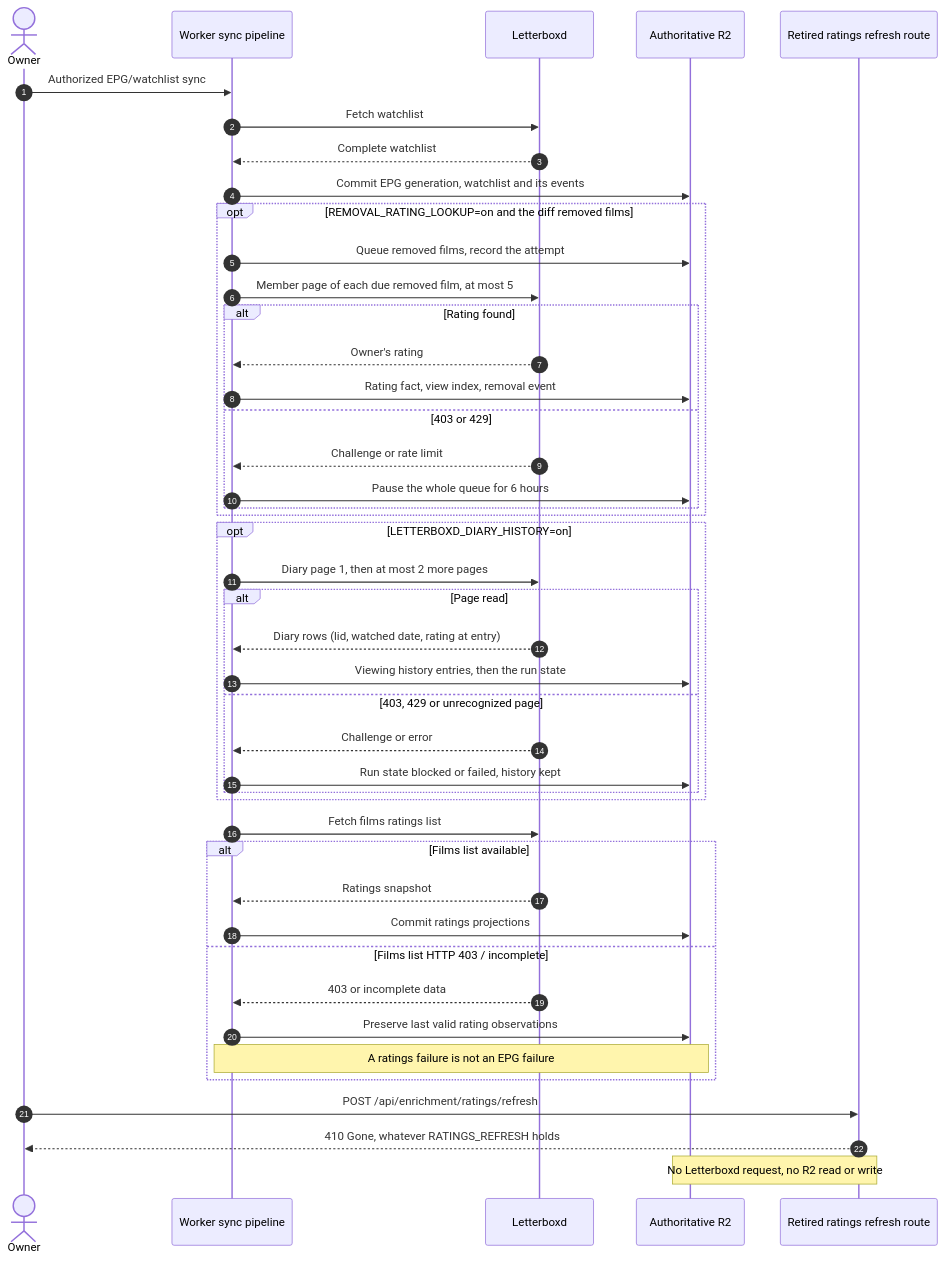
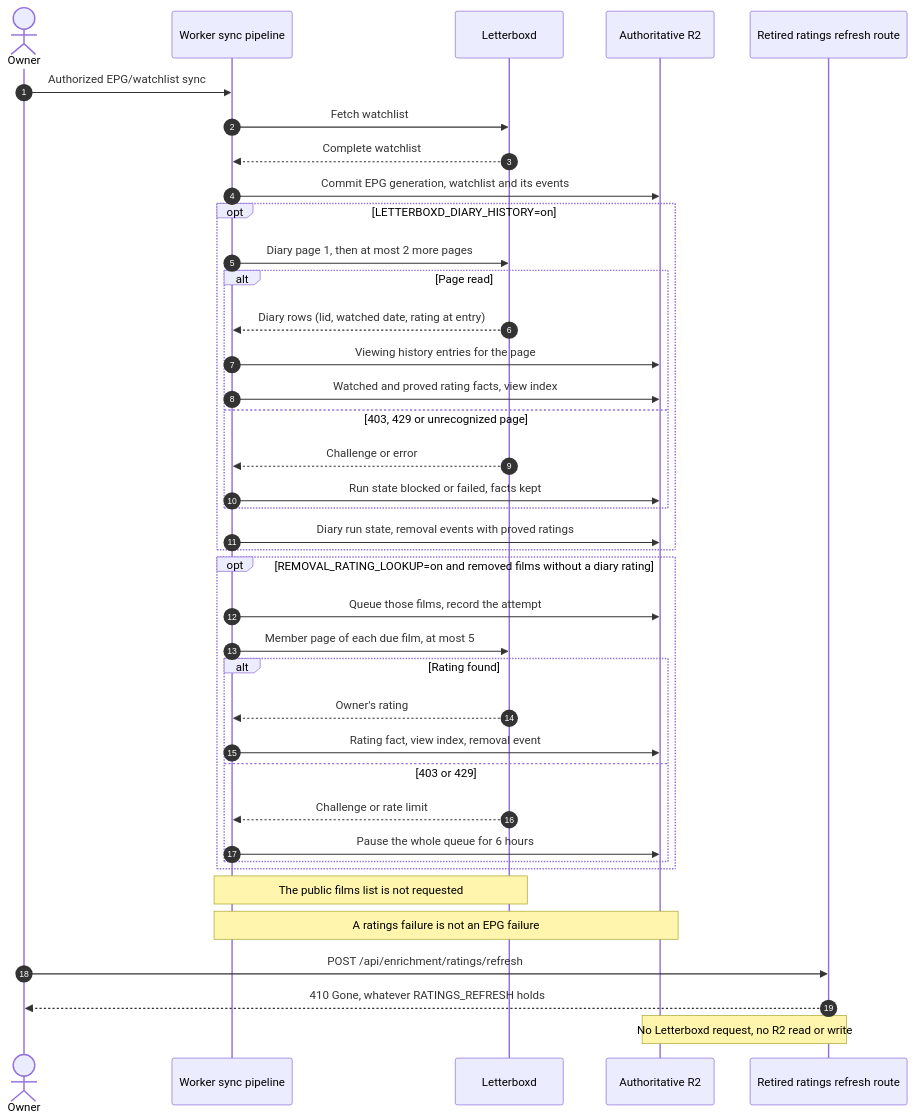
Before and after one commit to vladimino/iptv-watchlist: the first of 2 diagrams in docs/architecture/letterboxd-ingestion.md, drawn with Mermaid. The commit also changed other lines of this file and 19 other files, not shown here.

First line of the commit message:
AIR-287: Diary-first EPG ratings; the films list is no longer scanned

````diff
--- a/docs/architecture/letterboxd-ingestion.md
+++ b/docs/architecture/letterboxd-ingestion.md
@@ -5,46 +5,41 @@
 ```mermaid
 sequenceDiagram
     autonumber
     actor Owner
     participant Sync as Worker sync pipeline
     participant LB as Letterboxd
     participant R2 as Authoritative R2
     participant Retired as Retired ratings refresh route
     Owner->>Sync: Authorized EPG/watchlist sync
     Sync->>LB: Fetch watchlist
     LB-->>Sync: Complete watchlist
     Sync->>R2: Commit EPG generation, watchlist and its events
-    opt REMOVAL_RATING_LOOKUP=on and the diff removed films
-        Sync->>R2: Queue removed films, record the attempt
-        Sync->>LB: Member page of each due removed film, at most 5
+    opt LETTERBOXD_DIARY_HISTORY=on
+        Sync->>LB: Diary page 1, then at most 2 more pages
+        alt Page read
+            LB-->>Sync: Diary rows (lid, watched date, rating at entry)
+            Sync->>R2: Viewing history entries for the page
+            Sync->>R2: Watched and proved rating facts, view index
+        else 403, 429 or unrecognized page
+            LB-->>Sync: Challenge or error
+            Sync->>R2: Run state blocked or failed, facts kept
+        end
+        Sync->>R2: Diary run state, removal events with proved ratings
+    end
+    opt REMOVAL_RATING_LOOKUP=on and removed films without a diary rating
+        Sync->>R2: Queue those films, record the attempt
+        Sync->>LB: Member page of each due film, at most 5
         alt Rating found
             LB-->>Sync: Owner's rating
             Sync->>R2: Rating fact, view index, removal event
         else 403 or 429
             LB-->>Sync: Challenge or rate limit
             Sync->>R2: Pause the whole queue for 6 hours
         end
     end
-    opt LETTERBOXD_DIARY_HISTORY=on
-        Sync->>LB: Diary page 1, then at most 2 more pages
-        alt Page read
-            LB-->>Sync: Diary rows (lid, watched date, rating at entry)
-            Sync->>R2: Viewing history entries, then the run state
-        else 403, 429 or unrecognized page
-            LB-->>Sync: Challenge or error
-            Sync->>R2: Run state blocked or failed, history kept
-        end
-    end
-    Sync->>LB: Fetch films ratings list
-    alt Films list available
-        LB-->>Sync: Ratings snapshot
-        Sync->>R2: Commit ratings projections
-    else Films list HTTP 403 / incomplete
-        LB-->>Sync: 403 or incomplete data
-        Sync->>R2: Preserve last valid rating observations
-        Note over Sync,R2: A ratings failure is not an EPG failure
-    end
+    Note over Sync,LB: The public films list is not requested
+    Note over Sync,R2: A ratings failure is not an EPG failure
     Owner->>Retired: POST /api/enrichment/ratings/refresh
     Retired-->>Owner: 410 Gone, whatever RATINGS_REFRESH holds
     Note over Retired,R2: No Letterboxd request, no R2 read or write
 ```
````
